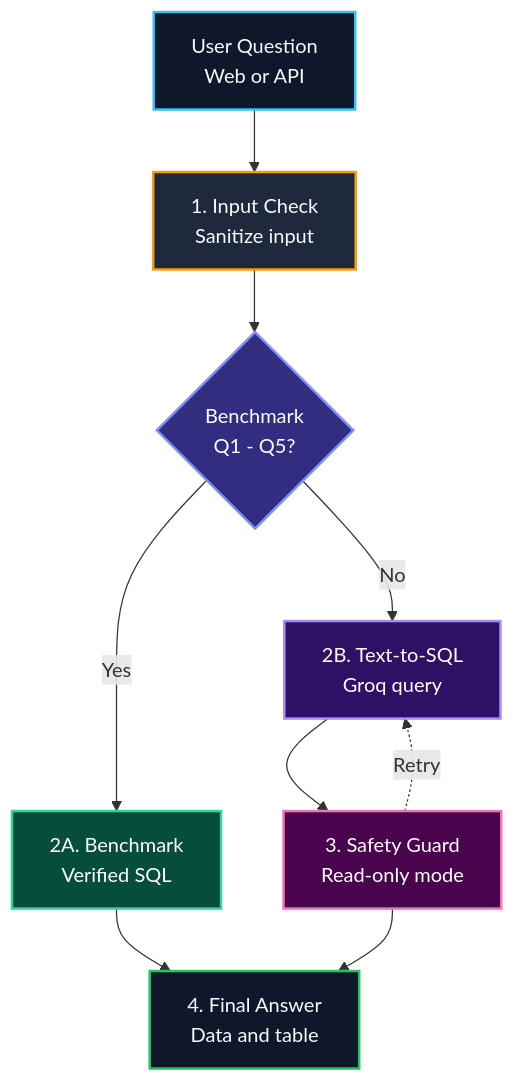
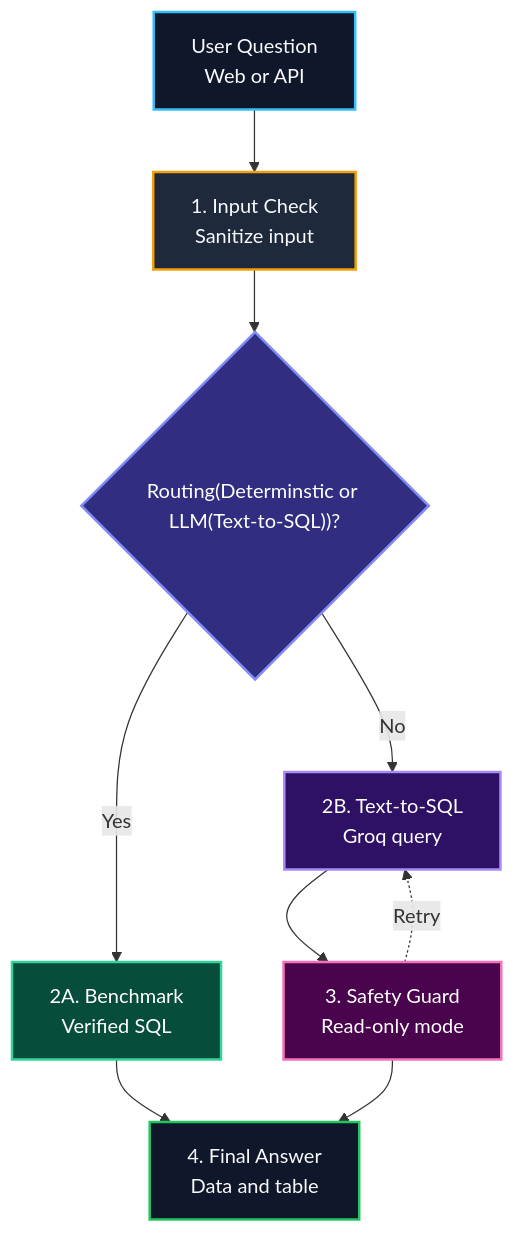
The diagram in README.md (MDsaabiq/RSG-assignment), drawn with Mermaid before and after one commit.

Commit message:
added readme updates

````diff
--- a/README.md
+++ b/README.md
@@ -96,27 +96,27 @@
 ```mermaid
 flowchart TD
     User["User Question<br/>Web or API"]
     InputCheck["1. Input Check<br/>Sanitize input"]
-    Router{"Benchmark<br/>Q1 - Q5?"}
+    Router{"Routing(Determinstic or LLM(Text-to-SQL))?"}
     FastTrack["2A. Benchmark<br/>Verified SQL"]
     AIQuery["2B. Text-to-SQL<br/>Groq query"]
     SafetyCheck["3. Safety Guard<br/>Read-only mode"]
     Answer["4. Final Answer<br/>Data and table"]
 
     User --> InputCheck
     InputCheck --> Router
     Router -->|Yes| FastTrack
     Router -->|No| AIQuery
     AIQuery --> SafetyCheck
     SafetyCheck -.->|Retry| AIQuery
     FastTrack --> Answer
     SafetyCheck --> Answer
 
     style User fill:#0f172a,stroke:#38bdf8,stroke-width:2px,color:#f8fafc
     style InputCheck fill:#1e293b,stroke:#f59e0b,stroke-width:2px,color:#f8fafc
     style Router fill:#312e81,stroke:#818cf8,stroke-width:2px,color:#ffffff
     style FastTrack fill:#064e3b,stroke:#34d399,stroke-width:2px,color:#ffffff
     style AIQuery fill:#2e1065,stroke:#a78bfa,stroke-width:2px,color:#ffffff
     style SafetyCheck fill:#4a044e,stroke:#f472b6,stroke-width:2px,color:#ffffff
     style Answer fill:#0f172a,stroke:#22c55e,stroke-width:2px,color:#f8fafc
 ```
````
